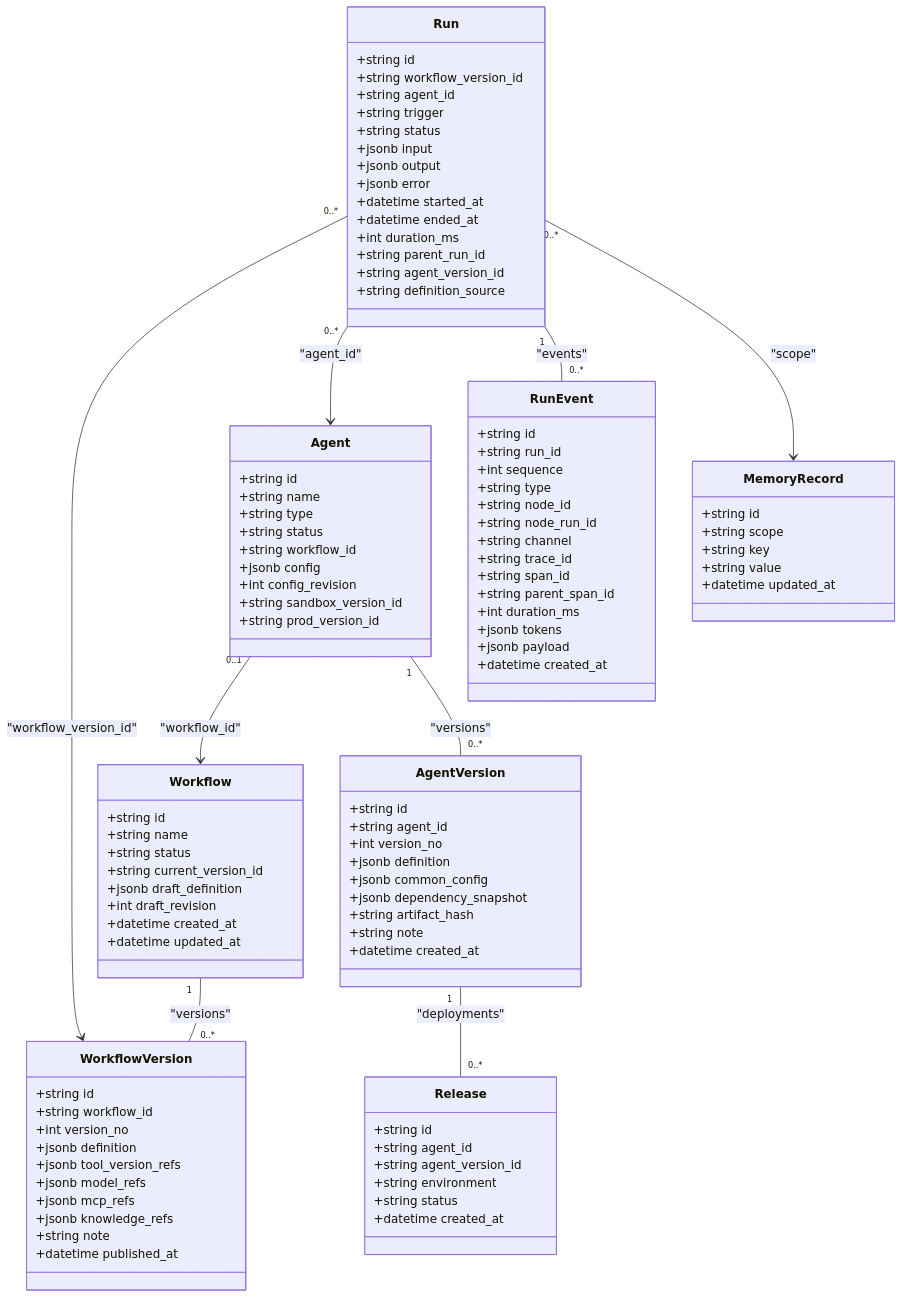
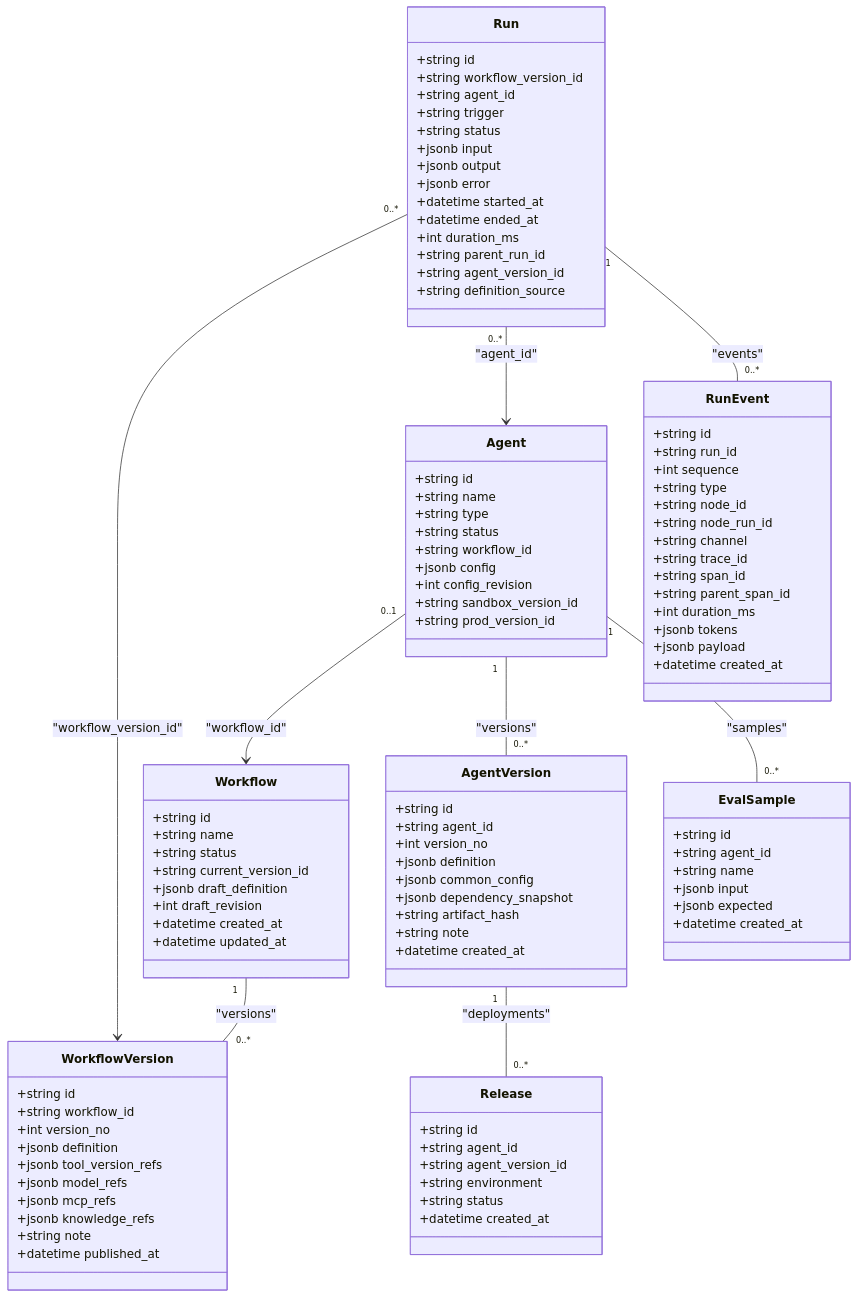
Before and after one commit to huiliuxu780/MoreThanCorn: the second of 3 diagrams in .qoder/repowiki/zh/content/Agent 与工作流域.md, drawn with Mermaid. The commit also changed other lines of this file and 141 other files, not shown here.

````diff
--- a/.qoder/repowiki/zh/content/Agent 与工作流域.md
+++ b/.qoder/repowiki/zh/content/Agent 与工作流域.md
@@ -194,6 +211,14 @@
 +string status
 +datetime created_at
 }
+class EvalSample {
++string id
++string agent_id
++string name
++jsonb input
++jsonb expected
++datetime created_at
+}
 class Run {
 +string id
 +string workflow_version_id
@@ -226,19 +251,12 @@
 +jsonb payload
 +datetime created_at
 }
-class MemoryRecord {
-+string id
-+string scope
-+string key
-+string value
-+datetime updated_at
-}
 Workflow "1" -- "0..*" WorkflowVersion : "versions"
 Agent "0..1" --> Workflow : "workflow_id"
 Agent "1" -- "0..*" AgentVersion : "versions"
 AgentVersion "1" -- "0..*" Release : "deployments"
+Agent "1" -- "0..*" EvalSample : "samples"
 Run "0..*" --> WorkflowVersion : "workflow_version_id"
 Run "0..*" --> Agent : "agent_id"
 Run "1" -- "0..*" RunEvent : "events"
-Run "0..*" --> MemoryRecord : "scope"
 ```
````
